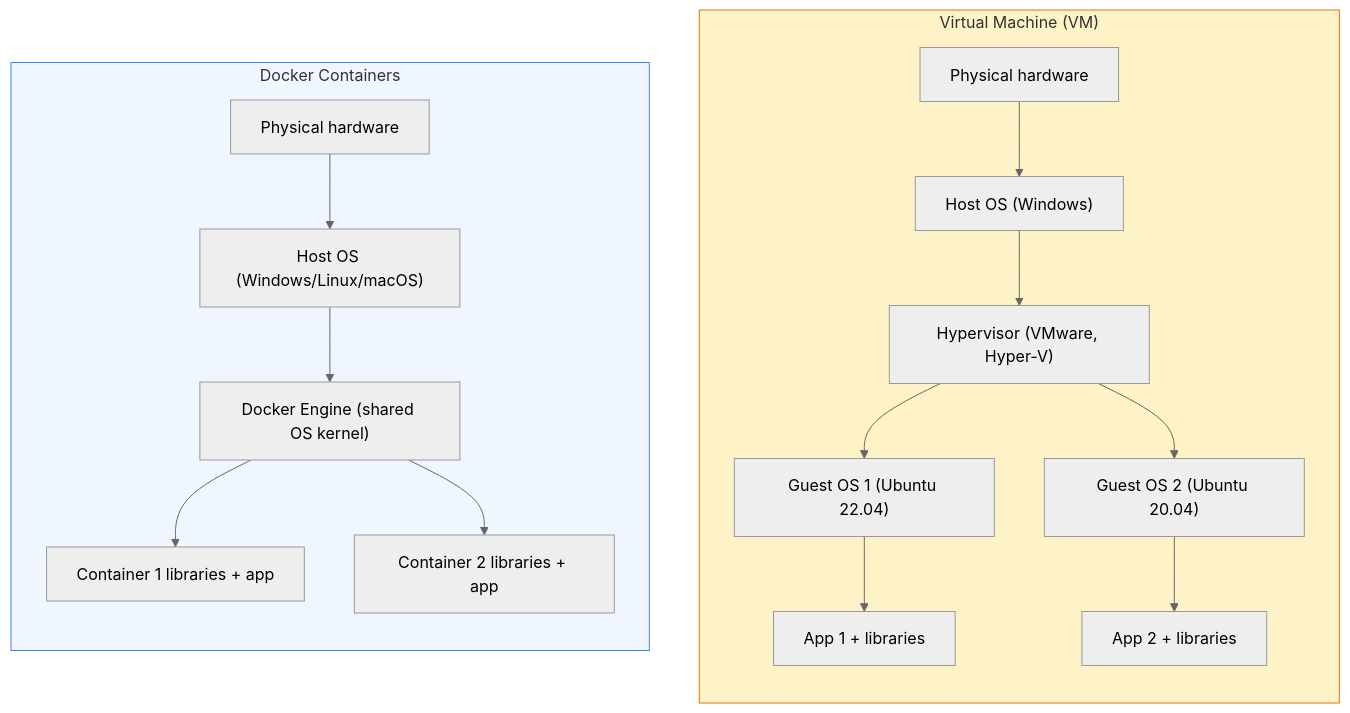
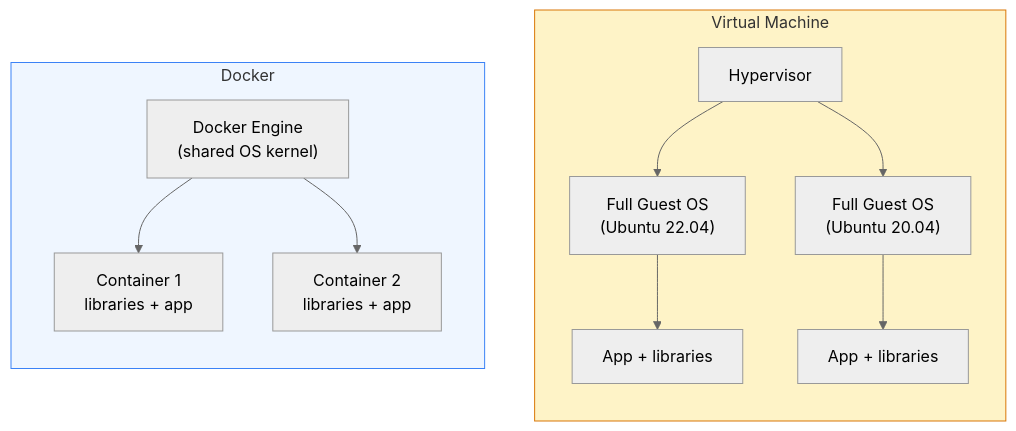
Before and after one commit to Ch3w3y/docker_gcp: the second of 8 diagrams in docs/docker-containers.md, drawn with Mermaid (neutral theme). The commit also changed other lines of this file, not shown here.

Commit message:
docs: refine docker-containers — simplify VM diagram and split inside/outside diagrams (#13)

````diff
--- a/docs/docker-containers.md
+++ b/docs/docker-containers.md
@@ -86,31 +86,21 @@
 ```mermaid
 flowchart TD
-    subgraph VM["Virtual Machine (VM)"]
+    subgraph VM["Virtual Machine"]
         direction TB
-        H2["Physical hardware"]
-        HOS2["Host OS (Windows)"]
-        HYP["Hypervisor (VMware, Hyper-V)"]
-        GOS1["Guest OS 1 (Ubuntu 22.04)"]
-        GOS2["Guest OS 2 (Ubuntu 20.04)"]
-        APP1["App 1 + libraries"]
-        APP2["App 2 + libraries"]
-        H2 --> HOS2 --> HYP
-        HYP --> GOS1 --> APP1
-        HYP --> GOS2 --> APP2
+        HYP["Hypervisor"]
+        HYP --> GOS1["Full Guest OS<br/>(Ubuntu 22.04)"]
+        HYP --> GOS2["Full Guest OS<br/>(Ubuntu 20.04)"]
+        GOS1 --> APP1["App + libraries"]
+        GOS2 --> APP2["App + libraries"]
     end
 
-    subgraph CON["Docker Containers"]
+    subgraph CON["Docker"]
         direction TB
-        H1["Physical hardware"]
-        HOS1["Host OS (Windows/Linux/macOS)"]
-        DE["Docker Engine (shared OS kernel)"]
-        C1["Container 1 libraries + app"]
-        C2["Container 2 libraries + app"]
-        H1 --> HOS1 --> DE
-        DE --> C1
-        DE --> C2
+        DE["Docker Engine<br/>(shared OS kernel)"]
+        DE --> C1["Container 1<br/>libraries + app"]
+        DE --> C2["Container 2<br/>libraries + app"]
     end
 
     style VM fill:#fef3c7,stroke:#d97706
     style CON fill:#eff6ff,stroke:#3b82f6
 ```
````
